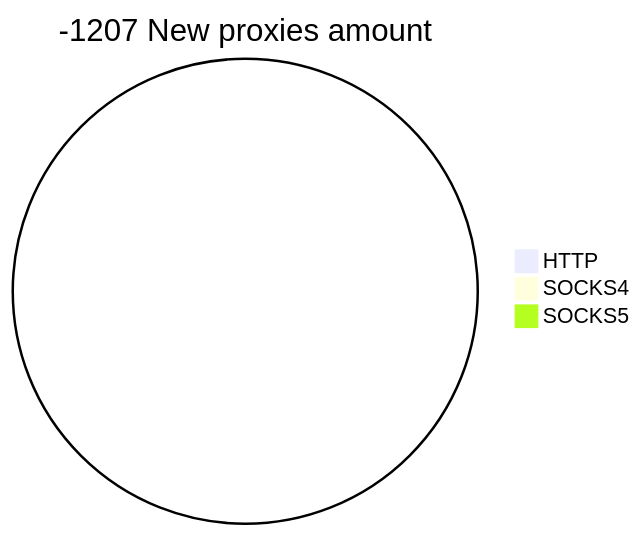
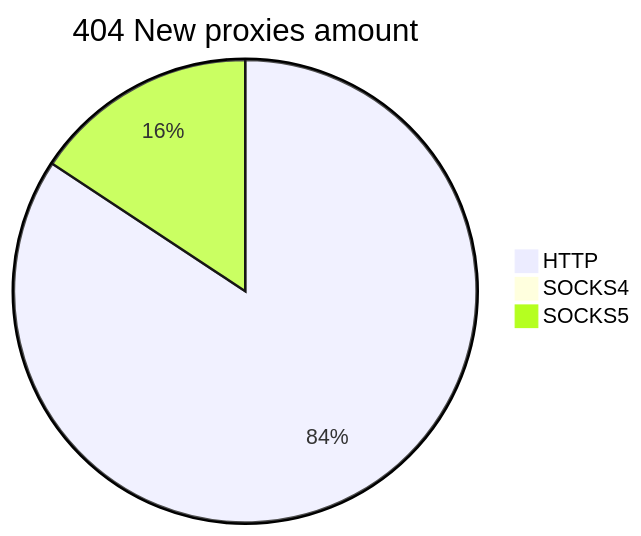
Before and after one commit to cutipu/proxylist: the second of 2 diagrams in README.md, drawn with Mermaid. The commit also changed other lines of this file, not shown here.

````diff
--- a/README.md
+++ b/README.md
@@ -10,6 +10,6 @@
 ```mermaid
-pie title -1207 New proxies amount
-    "HTTP" : 0
+pie title 404 New proxies amount
+    "HTTP" : 365
     "SOCKS4" : 0
-    "SOCKS5" : 0
+    "SOCKS5" : 68
 ```
````
